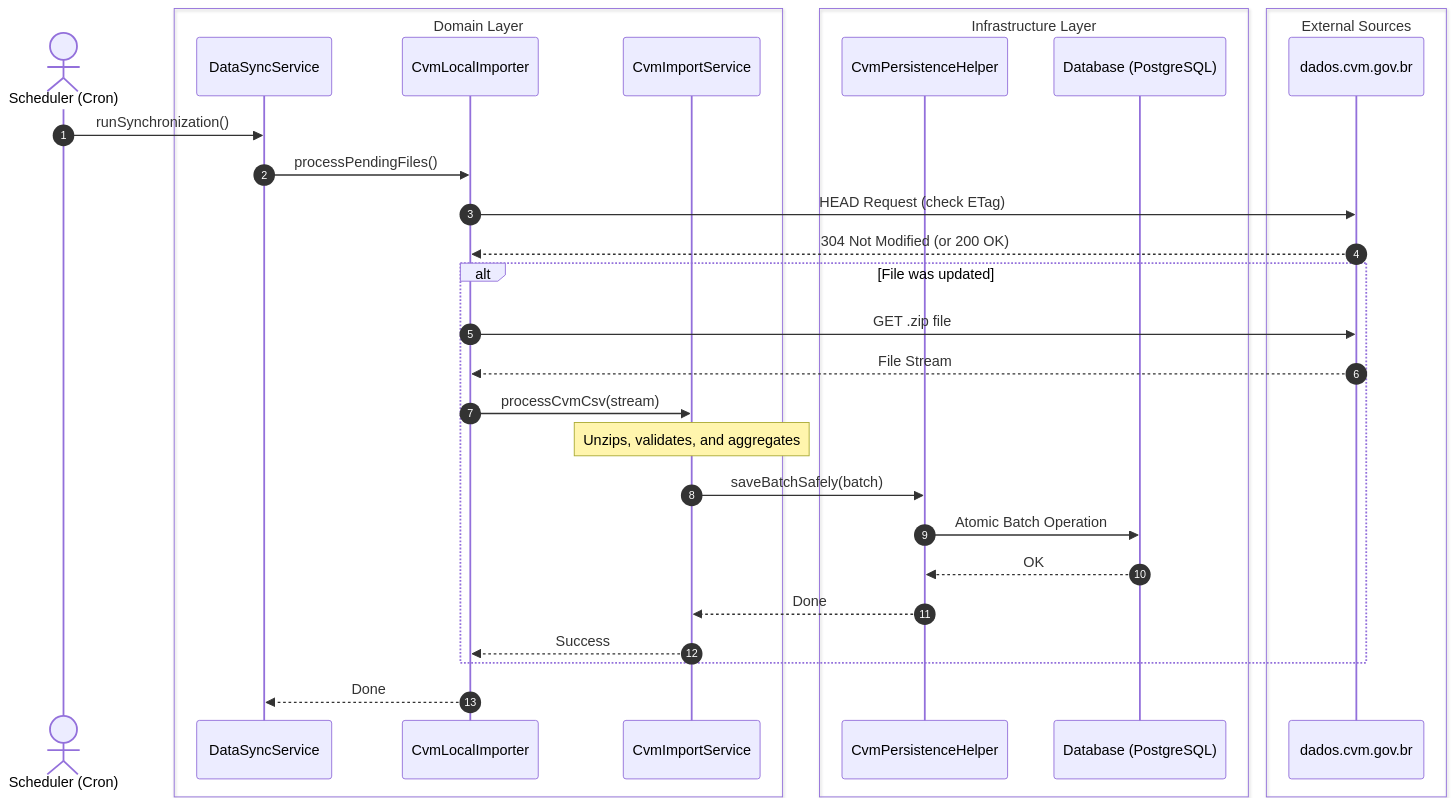
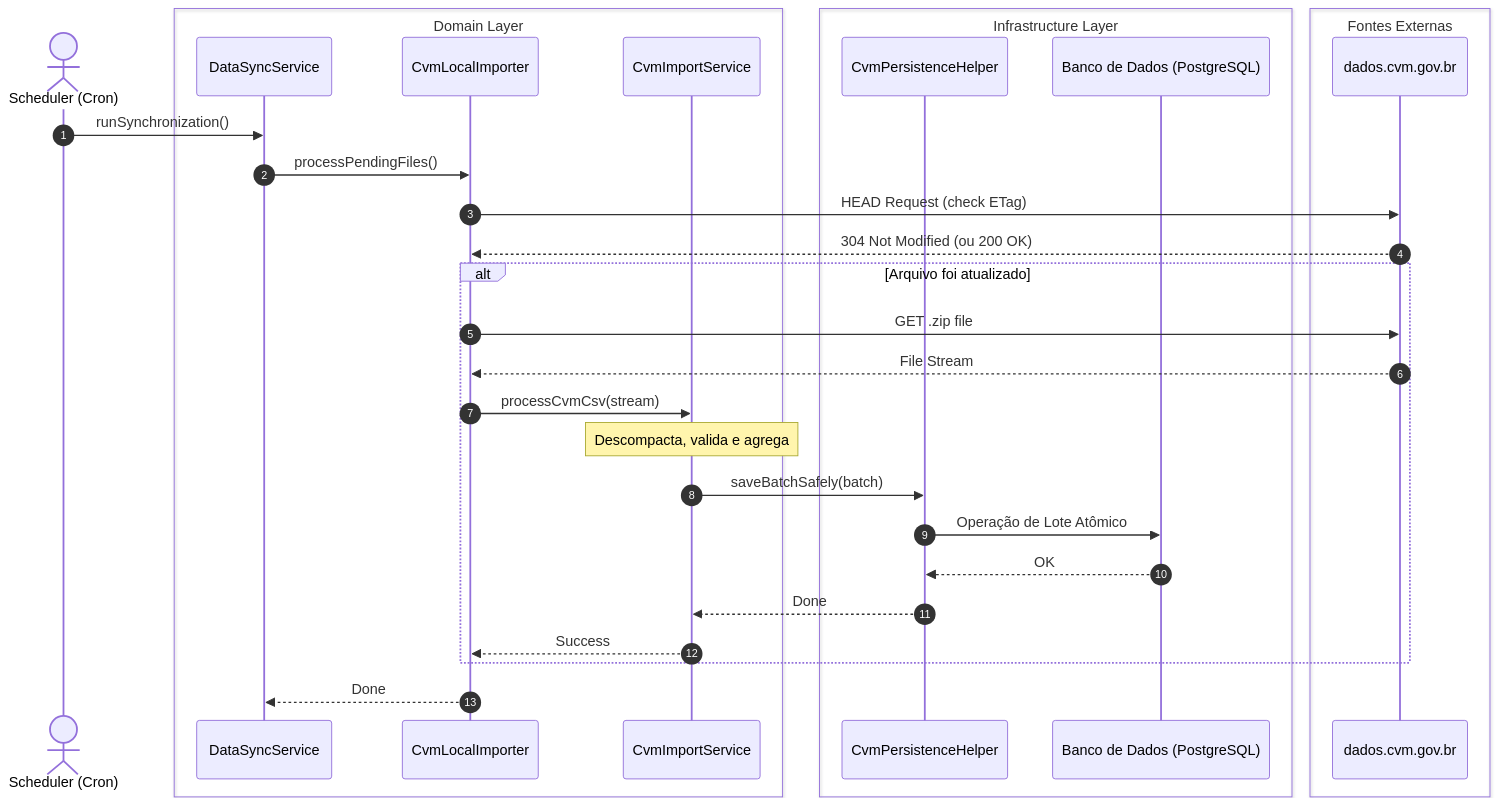
One commit to RaphaelFeijoSalles/acoes-ja-showcase changed the second of 2 diagrams in README.md. Above: the diagram before and after it, drawn with Mermaid. The commit also changed other lines of this file and 1 other file, not shown here.

````diff
--- a/README.md
+++ b/README.md
@@ -136,34 +136,34 @@
 ```mermaid
 sequenceDiagram
     autonumber
     actor Cron as Scheduler (Cron)
     box Domain Layer
         participant Sync as DataSyncService
         participant Local as CvmLocalImporter
         participant ImportSvc as CvmImportService
     end
     box Infrastructure Layer
         participant Helper as CvmPersistenceHelper
-        participant DB as Database (PostgreSQL)
+        participant DB as Banco de Dados (PostgreSQL)
     end
-    box External Sources
+    box Fontes Externas
         participant CVM as dados.cvm.gov.br
     end
 
     Cron->>Sync: runSynchronization()
     Sync->>Local: processPendingFiles()
     Local->>CVM: HEAD Request (check ETag)
-    CVM-->>Local: 304 Not Modified (or 200 OK)
-    alt File was updated
+    CVM-->>Local: 304 Not Modified (ou 200 OK)
+    alt Arquivo foi atualizado
         Local->>CVM: GET .zip file
         CVM-->>Local: File Stream
         Local->>ImportSvc: processCvmCsv(stream)
-        Note over ImportSvc: Unzips, validates, and aggregates
+        Note over ImportSvc: Descompacta, valida e agrega
         ImportSvc->>Helper: saveBatchSafely(batch)
-        Helper->>DB: Atomic Batch Operation
+        Helper->>DB: Operação de Lote Atômico
         DB-->>Helper: OK
         Helper-->>ImportSvc: Done
         ImportSvc-->>Local: Success
     end
     Local-->>Sync: Done
 ```
````
